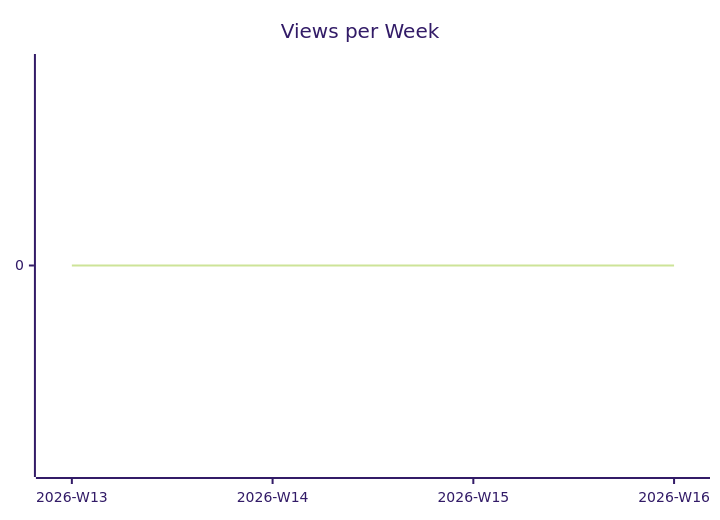
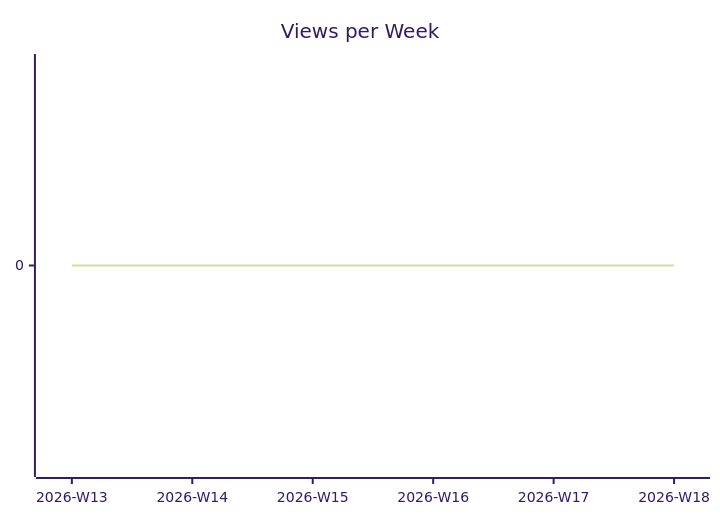
One commit to justdavis-family/github-analytics-data changed the second of 3 diagrams in karlmdavis/ldap-plugin/README.md. Above: the diagram before and after it, drawn with Mermaid (forest theme). The commit also changed other lines of this file and 187 other files, not shown here.

````diff
--- a/karlmdavis/ldap-plugin/README.md
+++ b/karlmdavis/ldap-plugin/README.md
@@ -12,6 +12,6 @@
 ```mermaid
 xychart-beta
   title "Views per Week"
-  x-axis ["2026-W13", "2026-W14", "2026-W15", "2026-W16"]
-  line [0, 0, 0, 0]
+  x-axis ["2026-W13", "2026-W14", "2026-W15", "2026-W16", "2026-W17", "2026-W18"]
+  line [0, 0, 0, 0, 0, 0]
 ```
````
